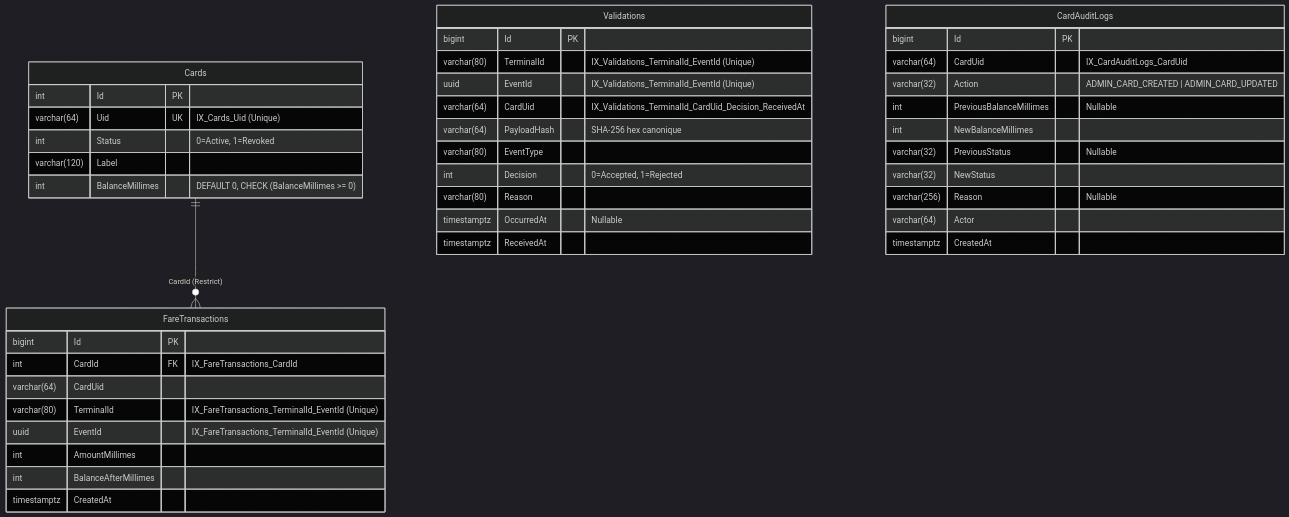
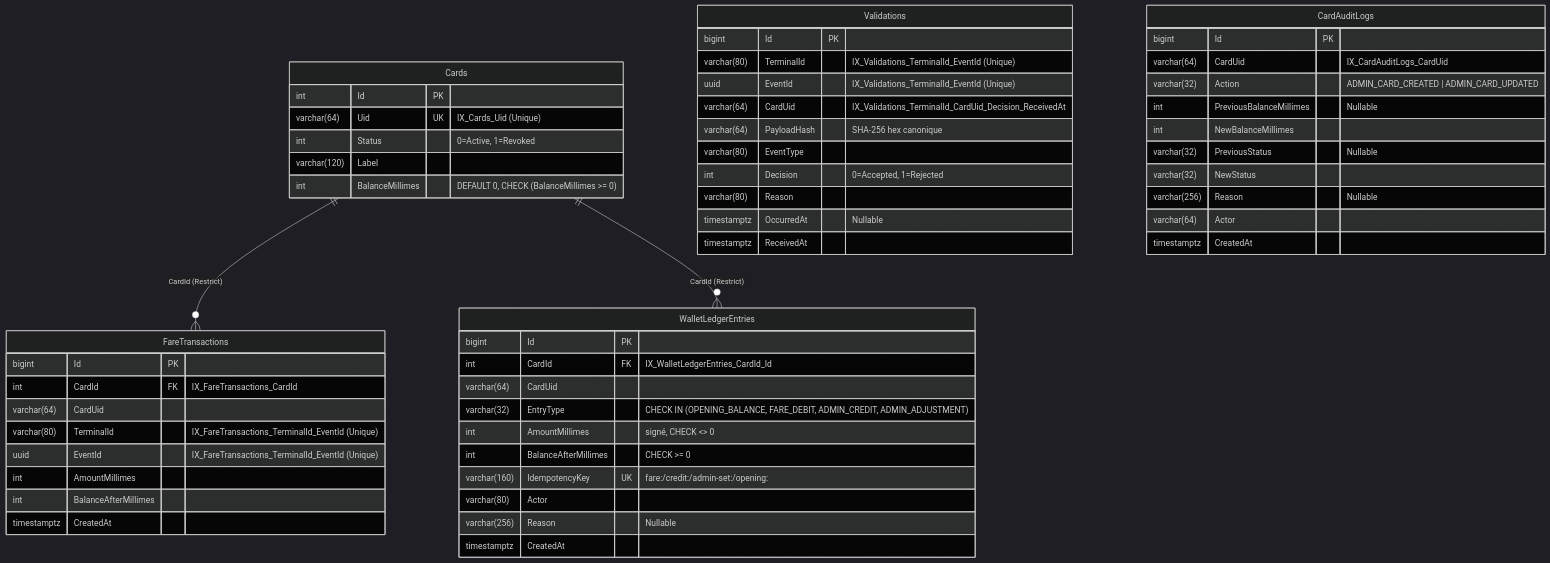
Before and after one commit to nacefmoula/janus-rfid-platform: the second of 3 diagrams in README.md, drawn with Mermaid (dark theme). The commit also changed other lines of this file and 12 other files, not shown here.

````diff
--- a/README.md
+++ b/README.md
@@ -288,45 +292,58 @@
 ```mermaid
 erDiagram
     Cards ||--o{ FareTransactions : "CardId (Restrict)"
+    Cards ||--o{ WalletLedgerEntries : "CardId (Restrict)"
     Cards {
         int Id PK
         varchar(64) Uid UK "IX_Cards_Uid (Unique)"
         int Status "0=Active, 1=Revoked"
         varchar(120) Label
         int BalanceMillimes "DEFAULT 0, CHECK (BalanceMillimes >= 0)"
     }
     Validations {
         bigint Id PK
         varchar(80) TerminalId "IX_Validations_TerminalId_EventId (Unique)"
         uuid EventId "IX_Validations_TerminalId_EventId (Unique)"
         varchar(64) CardUid "IX_Validations_TerminalId_CardUid_Decision_ReceivedAt"
         varchar(64) PayloadHash "SHA-256 hex canonique"
         varchar(80) EventType
         int Decision "0=Accepted, 1=Rejected"
         varchar(80) Reason
         timestamptz OccurredAt "Nullable"
         timestamptz ReceivedAt
     }
     FareTransactions {
         bigint Id PK
         int CardId FK "IX_FareTransactions_CardId"
         varchar(64) CardUid
         varchar(80) TerminalId "IX_FareTransactions_TerminalId_EventId (Unique)"
         uuid EventId "IX_FareTransactions_TerminalId_EventId (Unique)"
         int AmountMillimes
         int BalanceAfterMillimes
         timestamptz CreatedAt
     }
+    WalletLedgerEntries {
+        bigint Id PK
+        int CardId FK "IX_WalletLedgerEntries_CardId_Id"
+        varchar(64) CardUid
+        varchar(32) EntryType "CHECK IN (OPENING_BALANCE, FARE_DEBIT, ADMIN_CREDIT, ADMIN_ADJUSTMENT)"
+        int AmountMillimes "signé, CHECK <> 0"
+        int BalanceAfterMillimes "CHECK >= 0"
+        varchar(160) IdempotencyKey UK "fare:/credit:/admin-set:/opening:"
+        varchar(80) Actor
+        varchar(256) Reason "Nullable"
+        timestamptz CreatedAt
+    }
     CardAuditLogs {
         bigint Id PK
         varchar(64) CardUid "IX_CardAuditLogs_CardUid"
         varchar(32) Action "ADMIN_CARD_CREATED | ADMIN_CARD_UPDATED"
         int PreviousBalanceMillimes "Nullable"
         int NewBalanceMillimes
         varchar(32) PreviousStatus "Nullable"
         varchar(32) NewStatus
         varchar(256) Reason "Nullable"
         varchar(64) Actor
         timestamptz CreatedAt
     }
 ```
````
